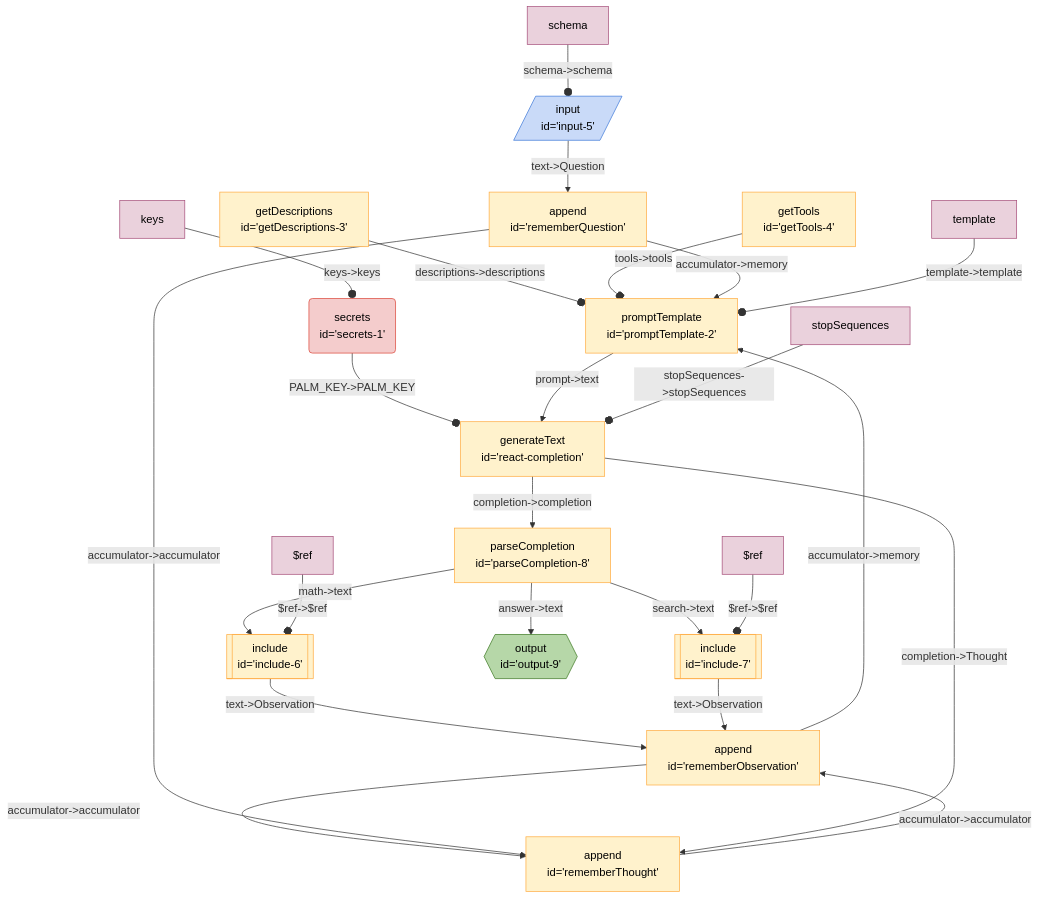
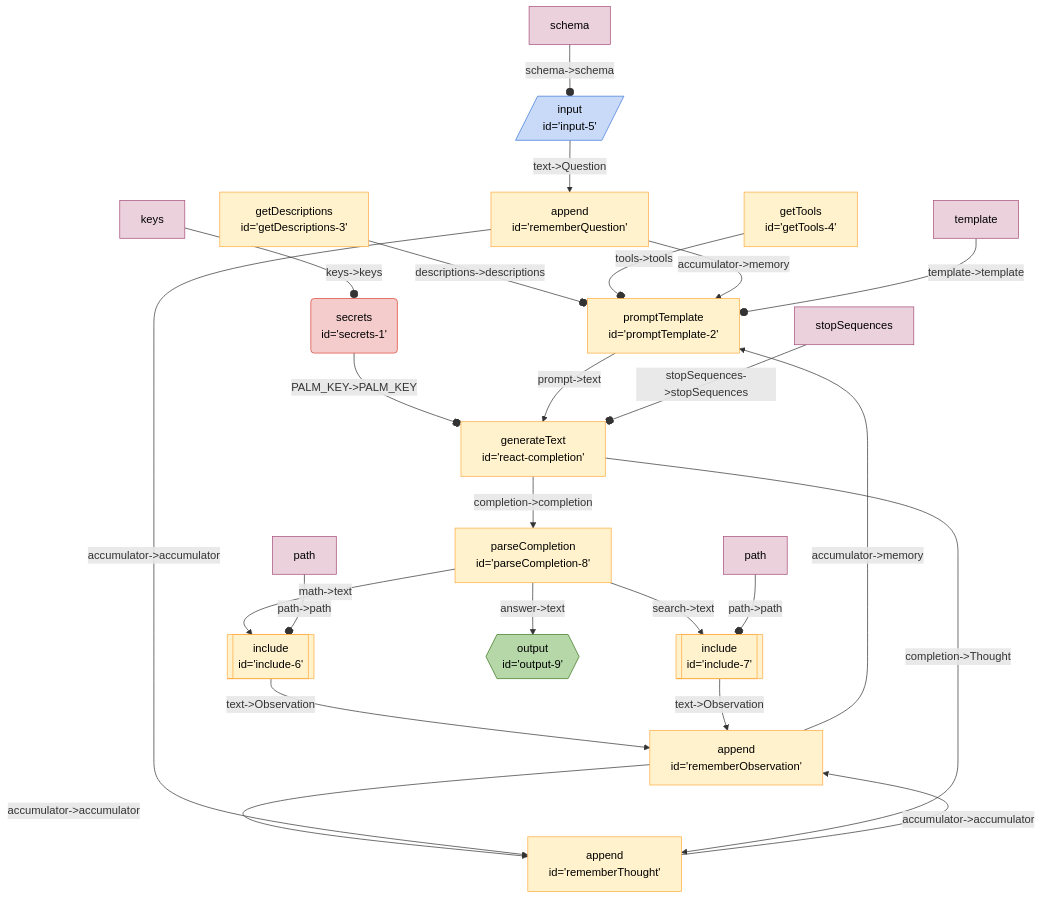
One commit to breadboard-ai/breadboard changed the diagram in seeds/graph-playground/docs/graphs/react-with-include.md. Above: the diagram before and after it, drawn with Mermaid. The commit also changed 2 other files, not shown here.

Commit message:
[graph-playground] Use Core Kit in `react-with-include`.

````diff
--- a/seeds/graph-playground/docs/graphs/react-with-include.md
+++ b/seeds/graph-playground/docs/graphs/react-with-include.md
@@ -5,35 +5,35 @@
   ```mermaid
   %%{init: 'themeVariables': { 'fontFamily': 'Fira Code, monospace' }}%%
 graph TD;
 getDescriptions3["getDescriptions <br> id='getDescriptions-3'"] -- "descriptions->descriptions" --o promptTemplate2["promptTemplate <br> id='promptTemplate-2'"]
 getTools4["getTools <br> id='getTools-4'"] -- "tools->tools" --o promptTemplate2["promptTemplate <br> id='promptTemplate-2'"]
 rememberObservation["append <br> id='rememberObservation'"] -- "accumulator->memory" --> promptTemplate2["promptTemplate <br> id='promptTemplate-2'"]
 rememberThought["append <br> id='rememberThought'"] -- "accumulator->accumulator" --> rememberObservation["append <br> id='rememberObservation'"]
 rememberObservation["append <br> id='rememberObservation'"] -- "accumulator->accumulator" --> rememberThought["append <br> id='rememberThought'"]
 rememberQuestion["append <br> id='rememberQuestion'"] -- "accumulator->accumulator" --> rememberThought["append <br> id='rememberThought'"]
 rememberQuestion["append <br> id='rememberQuestion'"] -- "accumulator->memory" --> promptTemplate2["promptTemplate <br> id='promptTemplate-2'"]
 input5[/"input <br> id='input-5'"/]:::input -- "text->Question" --> rememberQuestion["append <br> id='rememberQuestion'"]
 secrets1("secrets <br> id='secrets-1'"):::secrets -- "PALM_KEY->PALM_KEY" --o reactcompletion["generateText <br> id='react-completion'"]
 include6[["include <br> id='include-6'"]]:::include -- "text->Observation" --> rememberObservation["append <br> id='rememberObservation'"]
 include7[["include <br> id='include-7'"]]:::include -- "text->Observation" --> rememberObservation["append <br> id='rememberObservation'"]
 parseCompletion8["parseCompletion <br> id='parseCompletion-8'"] -- "search->text" --> include7[["include <br> id='include-7'"]]:::include
 parseCompletion8["parseCompletion <br> id='parseCompletion-8'"] -- "math->text" --> include6[["include <br> id='include-6'"]]:::include
 parseCompletion8["parseCompletion <br> id='parseCompletion-8'"] -- "answer->text" --> output9{{"output <br> id='output-9'"}}:::output
 reactcompletion["generateText <br> id='react-completion'"] -- "completion->completion" --> parseCompletion8["parseCompletion <br> id='parseCompletion-8'"]
 reactcompletion["generateText <br> id='react-completion'"] -- "completion->Thought" --> rememberThought["append <br> id='rememberThought'"]
 promptTemplate2["promptTemplate <br> id='promptTemplate-2'"] -- "prompt->text" --> reactcompletion["generateText <br> id='react-completion'"]
 keyssecrets1[keys]:::config -- "keys->keys" --o secrets1
 templatepromptTemplate2[template]:::config -- "template->template" --o promptTemplate2
 schemainput5[schema]:::config -- "schema->schema" --o input5
 stopSequencesreactcompletion[stopSequences]:::config -- "stopSequences->stopSequences" --o reactcompletion
-$refinclude6[$ref]:::config -- "$ref->$ref" --o include6
-$refinclude7[$ref]:::config -- "$ref->$ref" --o include7
+pathinclude6[path]:::config -- "path->path" --o include6
+pathinclude7[path]:::config -- "path->path" --o include7
 classDef default stroke:#ffab40,fill:#fff2ccff,color:#000
 classDef input stroke:#3c78d8,fill:#c9daf8ff,color:#000
 classDef output stroke:#38761d,fill:#b6d7a8ff,color:#000
 classDef passthrough stroke:#a64d79,fill:#ead1dcff,color:#000
 classDef slot stroke:#a64d79,fill:#ead1dcff,color:#000
 classDef config stroke:#a64d79,fill:#ead1dcff,color:#000
 classDef secrets stroke:#db4437,fill:#f4cccc,color:#000
 classDef slotted stroke:#a64d79
   ```
````
